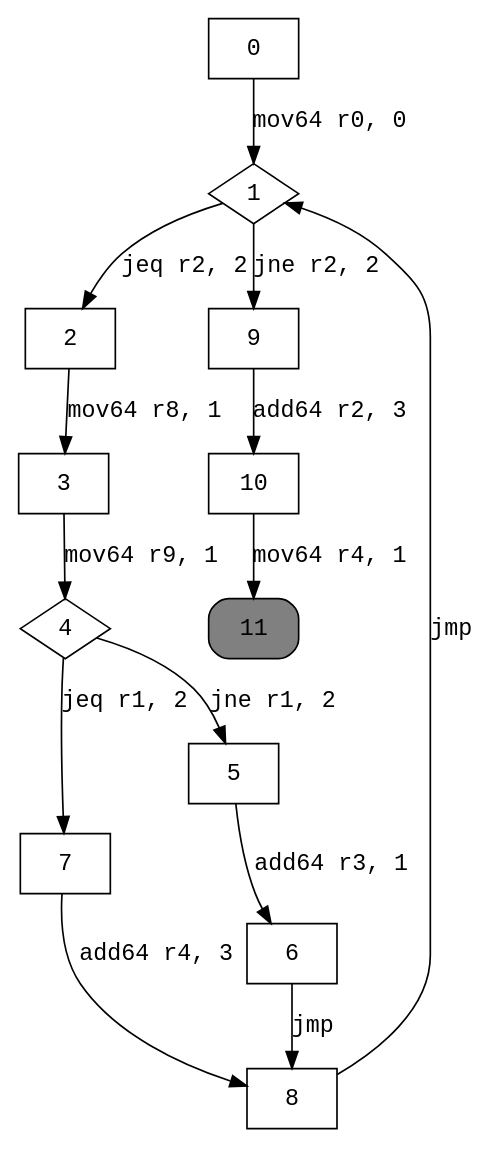
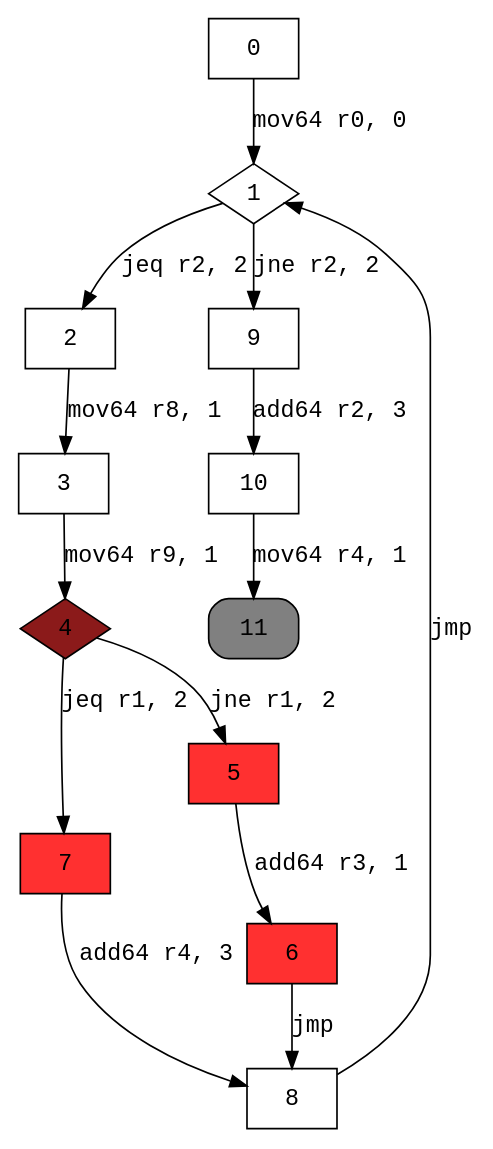
One commit to XicoCorreia/InformationFlowAnalysisEbpf changed the diagram in graphs/nestedIfLoop.dot. Above: the diagram before and after it, drawn with Graphviz. The commit also changed 18 other files, not shown here.

```diff
--- a/graphs/nestedIfLoop.dot
+++ b/graphs/nestedIfLoop.dot
@@ -1,21 +1,24 @@
 digraph cfg { 
 node [fontname="monospace"];
 node [shape=box];
 edge [fontname="monospace"];
   0 -> 1 [label="mov64 r0, 0"];
   1 -> 2 [label="jeq r2, 2"];
   1 -> 9 [label="jne r2, 2"];
   2 -> 3 [label="mov64 r8, 1"];
   3 -> 4 [label="mov64 r9, 1"];
   4 -> 7 [label="jeq r1, 2"];
   4 -> 5 [label="jne r1, 2"];
   5 -> 6 [label="add64 r3, 1"];
   6 -> 8 [label="jmp"];
   7 -> 8 [label="add64 r4, 3"];
   8 -> 1 [label="jmp"];
   9 -> 10 [label="add64 r2, 3"];
   10 -> 11 [label="mov64 r4, 1"];
 1 [shape=diamond];
-4 [shape=diamond];
+4 [shape=diamond,style=filled,fillcolor=firebrick4];
+5 [style=filled,fillcolor=firebrick1];
+6 [style=filled,fillcolor=firebrick1];
+7 [style=filled,fillcolor=firebrick1];
 11 [style="rounded,filled",fillcolor=grey];
 }
```
